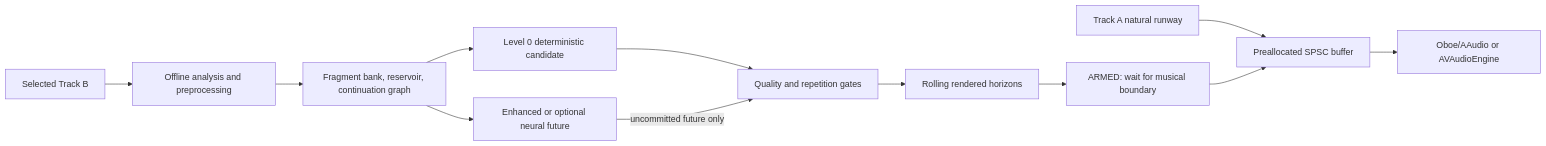
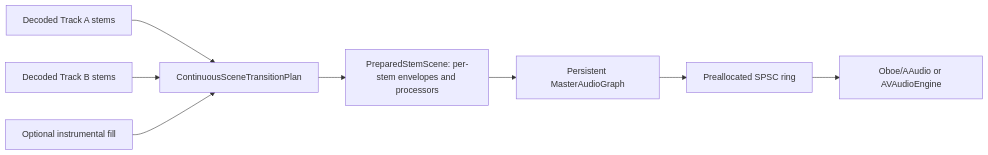
Before and after one commit to shredELIline/autoremix: the first of 2 diagrams in README.md, drawn with Mermaid. The commit also changed other lines of this file and 9 other files, not shown here.

Commit message:
docs: describe continuous scene runtime

````diff
--- a/README.md
+++ b/README.md
@@ -63,14 +63,10 @@
 ```mermaid
 flowchart LR
-  A["Track A natural runway"] --> Ring["Preallocated SPSC buffer"]
-  B["Selected Track B"] --> Analyze["Offline analysis and preprocessing"]
-  Analyze --> Bank["Fragment bank, reservoir, continuation graph"]
-  Bank --> L0["Level 0 deterministic candidate"]
-  Bank --> Future["Enhanced or optional neural future"]
-  L0 --> Gate["Quality and repetition gates"]
-  Future -->|"uncommitted future only"| Gate
-  Gate --> Horizons["Rolling rendered horizons"]
-  Horizons --> Armed["ARMED: wait for musical boundary"]
-  Armed --> Ring
+  A["Decoded Track A stems"] --> Plan["ContinuousSceneTransitionPlan"]
+  B["Decoded Track B stems"] --> Plan
+  G["Optional instrumental fill"] --> Plan
+  Plan --> Prepared["PreparedStemScene: per-stem envelopes and processors"]
+  Prepared --> Master["Persistent MasterAudioGraph"]
+  Master --> Ring["Preallocated SPSC ring"]
   Ring --> Device["Oboe/AAudio or AVAudioEngine"]
 ```
````
